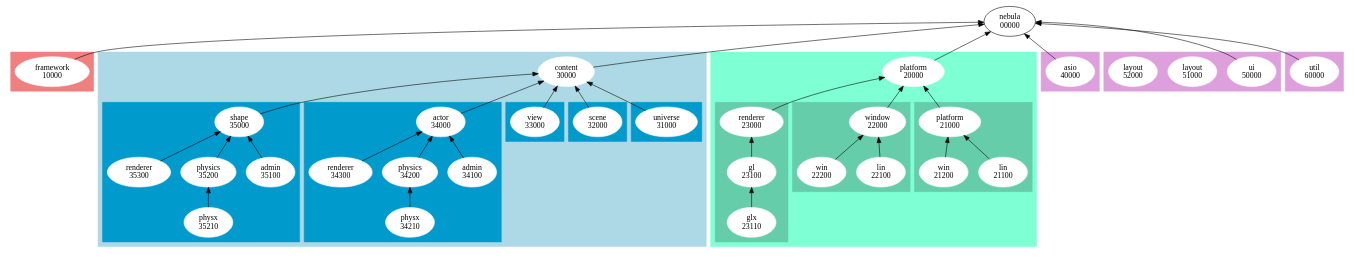
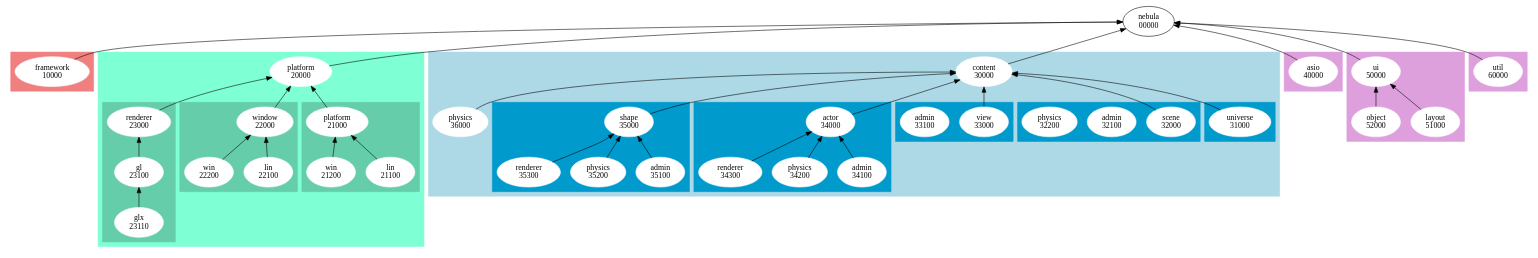
The diagram in media/dot/ns.dot (nebula-engine/Nebula), drawn with Graphviz before and after one commit. The commit also changed 39 other files, not shown here.

```diff
--- a/media/dot/ns.dot
+++ b/media/dot/ns.dot
@@ -1,189 +1,194 @@
 digraph G
 {
 	rankdir="BT";
 	
 	nebula [label="nebula\n00000"];
 
 	subgraph cluster__framework
 	{
 		node [style=filled]; 
 		node [color=white];
-
+		
 		style = filled;
 		color = lightcoral;
 		
 		framework [label="framework\n10000"]
 	}
-	
-	framework->nebula;
-
-	subgraph cluster__content
-	{
-		node [style=filled]; 
-		node [color=white];
-		
-		style = filled;
-		color = lightblue;
-		
-		content [label="content\n30000"];
-		
-		subgraph cluster__universe
-		{
-			style = filled;
-			color = deepskyblue3;
-
-			universe [label = "universe\n31000"];
-		}
-		subgraph cluster__scene
-		{
-			style = filled;
-			color = deepskyblue3;
-
-			scene [label = "scene\n32000"];
-		}
-		subgraph cluster__view
-		{
-			style = filled;
-			color = deepskyblue3;
-			
-			view [label = "view\n33000"];
-		}
-		subgraph cluster__actor
-		{
-			style = filled;
-			color = deepskyblue3;
-			
-			actor [label = "actor\n34000"];
-			actor_admin [label = "admin\n34100"];
-			actor_physics [label = "physics\n34200"];
-			actor_physics_physx [label = "physx\n34210"];
-			actor_renderer [label = "renderer\n34300"];
-		}
-		subgraph cluster__shape
-		{
-			style = filled;
-			color = deepskyblue3;
-			
-			shpe [label = "shape\n35000"];
-			shpe_admin [label = "admin\n35100"];
-			shpe_physics [label = "physics\n35200"];
-			shpe_physics_physx [label = "physx\n35210"];
-			shpe_renderer [label = "renderer\n35300"];
-		}
-		
-		universe -> content;
-		scene -> content;
-		view -> content;
-		actor -> content;
-		actor_admin -> actor;
-		actor_physics -> actor;
-		actor_physics_physx -> actor_physics;
-		actor_renderer->actor;
-		
-		shpe->content;
-		shpe_admin->shpe;
-		shpe_physics->shpe;
-		shpe_physics_physx->shpe_physics;
-		shpe_renderer->shpe;
-	}
-	
-	content -> nebula;
-
 	subgraph cluster__platform
 	{
 		node [style=filled]; 
 		node [color=white];
 	
 		platform [label="platform\n20000"];
 		subgraph cluster_platform_platform
 		{
 			style = filled;
 			color = aquamarine3;
 
 
 			platform_platform [label="platform\n21000"];
 			platform_platform_lin [label="lin\n21100"];
 			platform_platform_win [label="win\n21200"];
 		}
 		subgraph cluster__platform_window
 		{
 			style = filled;
 			color = aquamarine3;
 
 
 			platform_window [label="window\n22000"];
 			platform_window_lin [label="lin\n22100"];
 			platform_window_win [label="win\n22200"];
 		}
 		subgraph cluster__platform_renderer
 		{
 			style = filled;
 			color = aquamarine3;
 
 			platform_renderer [label="renderer\n23000"];
 			platform_renderer_gl [label="gl\n23100"];
 			platform_renderer_gl_glx [label="glx\n23110"];
 		}
 		
 		platform_platform -> platform;
 		platform_platform_lin -> platform_platform;
 		platform_platform_win -> platform_platform;
 		
 		platform_window -> platform;
 		platform_window_lin -> platform_window;
 		platform_window_win -> platform_window;
 		
 		platform_renderer -> platform;
 		platform_renderer_gl -> platform_renderer;
 		platform_renderer_gl_glx -> platform_renderer_gl;
 
 		style = filled;
 		color = aquamarine;
 	}
+
+	framework->nebula;
+
+	subgraph cluster__content
+	{
+		node [style=filled]; 
+		node [color=white];
+		
+		style = filled;
+		color = lightblue;
+		
+		content [label="content\n30000"];
+		
+		
+		subgraph cluster__universe
+		{
+			style = filled;
+			color = deepskyblue3;
+
+			universe [label = "universe\n31000"];
+		}
+		subgraph cluster__scene
+		{
+			style = filled;
+			color = deepskyblue3;
+
+			scene [label = "scene\n32000"];
+			scene_admin [label = "admin\n32100"];
+			scene_physics [label = "physics\n32200"];
+		}
+		subgraph cluster__view
+		{
+			style = filled;
+			color = deepskyblue3;
+			
+			view [label = "view\n33000"];
+			view_admin [label = "admin\n33100"];
+		}
+		subgraph cluster__actor
+		{
+			style = filled;
+			color = deepskyblue3;
+			
+			actor [label = "actor\n34000"];
+			actor_admin [label = "admin\n34100"];
+			actor_physics [label = "physics\n34200"];
+			actor_renderer [label = "renderer\n34300"];
+		}
+		subgraph cluster__shape
+		{
+			style = filled;
+			color = deepskyblue3;
+			
+			shpe [label = "shape\n35000"];
+			shpe_admin [label = "admin\n35100"];
+			shpe_physics [label = "physics\n35200"];
+			shpe_renderer [label = "renderer\n35300"];
+		}
+		
+		content_physics [label="physics\n36000"];
+		
+		content_physics->content;
+		universe -> content;
+		scene -> content;
+		view -> content;
+		actor -> content;
+		actor_admin -> actor;
+		actor_physics -> actor;
+		actor_renderer->actor;
+		
+		shpe->content;
+		shpe_admin->shpe;
+		shpe_physics->shpe;
+		shpe_renderer->shpe;
+	}
 	
+	content -> nebula;
+
+		
 	platform->nebula;
 	
 	subgraph cluster__asio
 	{
 		node [style=filled]; 
 		node [color=white];
 		
 		asio [label = "asio\n40000"];
 
 		style = filled;
 		color = plum;
 	}
 
 	subgraph cluster__ui
 	{
 		node [style=filled]; 
 		node [color=white];
 		
 		ui [label = "ui\n50000"];
 		ui_layout [label="layout\n51000"];
-		ui_object [label="layout\n52000"];
+		ui_object [label="object\n52000"];
 		
 		style = filled;
 		color = plum;
 	}
 	subgraph cluster__util
 	{
 		node [style=filled]; 
 		node [color=white];
 		
 		util [label = "util\n60000"];
 
 		style = filled;
 		color = plum;
 	}
 
 
 	asio->nebula;
 	ui -> nebula;
+	ui_layout->ui;
+	ui_object->ui;
 	util->nebula;
 	
 			
 
 	
 		
 }
```
